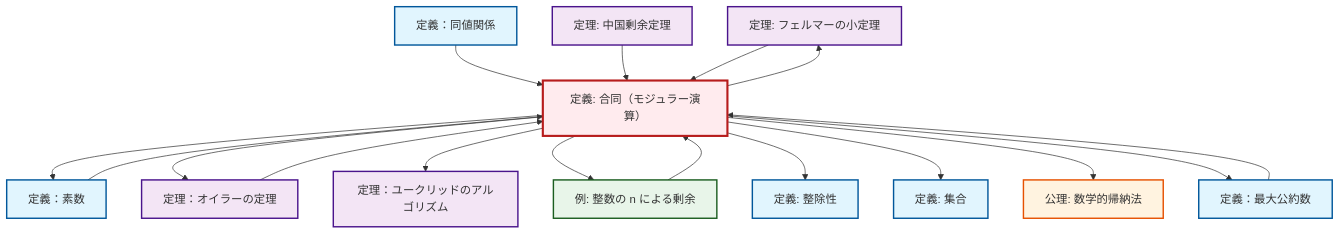
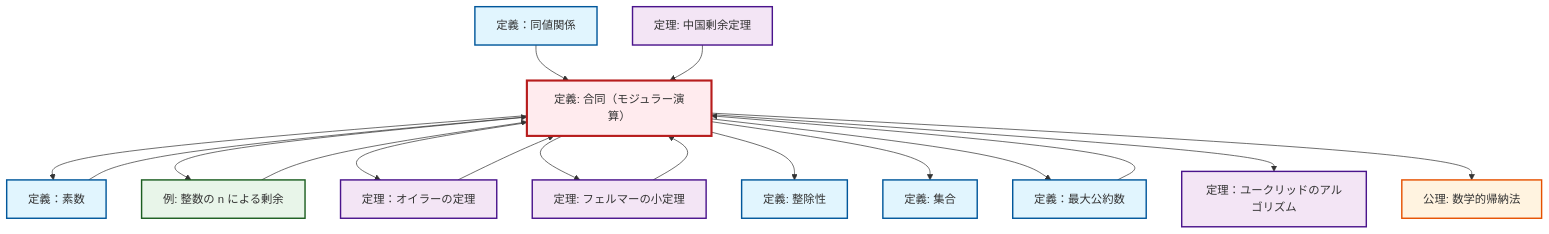
The diagram in content/ja/number-theory/def-congruence.qmd (RK0429/ModernMath), drawn with Mermaid before and after one commit. The commit also changed other lines of this file and 328 other files, not shown here.

````diff
--- a/content/ja/number-theory/def-congruence.qmd
+++ b/content/ja/number-theory/def-congruence.qmd
@@ -125,49 +125,49 @@
 ```{mermaid}
 %%| fig-cap: "ローカル依存関係グラフ"
 graph TD
     classDef definition fill:#e1f5fe,stroke:#01579b,stroke-width:2px
     classDef theorem fill:#f3e5f5,stroke:#4a148c,stroke-width:2px
     classDef axiom fill:#fff3e0,stroke:#e65100,stroke-width:2px
     classDef example fill:#e8f5e9,stroke:#1b5e20,stroke-width:2px
     classDef current fill:#ffebee,stroke:#b71c1c,stroke-width:3px
+    thm-chinese-remainder["定理: 中国剰余定理"]:::theorem
+    thm-euler["定理：オイラーの定理"]:::theorem
+    ax-induction["公理: 数学的帰納法"]:::axiom
+    ex-quotient-integers-mod-n["例: 整数の n による剰余"]:::example
+    thm-fermat-little["定理: フェルマーの小定理"]:::theorem
     def-set["定義: 集合"]:::definition
     thm-euclidean-algorithm["定理：ユークリッドのアルゴリズム"]:::theorem
-    thm-fermat-little["定理: フェルマーの小定理"]:::theorem
-    thm-euler["定理：オイラーの定理"]:::theorem
+    def-divisibility["定義: 整除性"]:::definition
     def-congruence["定義: 合同（モジュラー演算）"]:::definition
-    ex-quotient-integers-mod-n["例: 整数の n による剰余"]:::example
+    def-gcd["定義：最大公約数"]:::definition
     def-equivalence-relation["定義：同値関係"]:::definition
-    ax-induction["公理: 数学的帰納法"]:::axiom
     def-prime["定義：素数"]:::definition
-    def-gcd["定義：最大公約数"]:::definition
-    thm-chinese-remainder["定理: 中国剰余定理"]:::theorem
-    def-divisibility["定義: 整除性"]:::definition
     def-congruence --> def-prime
+    def-congruence --> ex-quotient-integers-mod-n
+    def-congruence --> thm-euler
+    def-congruence --> thm-fermat-little
     def-equivalence-relation --> def-congruence
-    def-congruence --> thm-euler
     ex-quotient-integers-mod-n --> def-congruence
-    def-congruence --> thm-euclidean-algorithm
-    def-congruence --> thm-fermat-little
-    def-gcd --> def-congruence
-    def-congruence --> ex-quotient-integers-mod-n
-    def-prime --> def-congruence
     def-congruence --> def-divisibility
     def-congruence --> def-set
-    thm-chinese-remainder --> def-congruence
-    thm-fermat-little --> def-congruence
-    def-congruence --> ax-induction
     def-congruence --> def-gcd
     thm-euler --> def-congruence
+    def-gcd --> def-congruence
+    def-prime --> def-congruence
+    def-congruence --> thm-euclidean-algorithm
+    thm-chinese-remainder --> def-congruence
+    def-congruence --> ax-induction
+    thm-fermat-little --> def-congruence
     class def-congruence current
+    click thm-chinese-remainder "thm-chinese-remainder.html" "中国剰余定理の定理へ"
+    click thm-euler "thm-euler.html" "定理：オイラーの定理へ"
+    click ax-induction "ax-induction.html" "数学的帰納法の公理へ"
+    click ex-quotient-integers-mod-n "ex-quotient-integers-mod-n.html" "整数の n による剰余の例へ"
+    click thm-fermat-little "thm-fermat-little.html" "フェルマーの小定理の定理へ"
     click def-set "def-set.html" "集合の定義へ"
     click thm-euclidean-algorithm "thm-euclidean-algorithm.html" "定理：ユークリッドのアルゴリズムへ"
-    click thm-fermat-little "thm-fermat-little.html" "フェルマーの小定理の定理へ"
-    click thm-euler "thm-euler.html" "定理：オイラーの定理へ"
-    click ex-quotient-integers-mod-n "ex-quotient-integers-mod-n.html" "整数の n による剰余の例へ"
+    click def-divisibility "def-divisibility.html" "整除性の定義へ"
+    click def-gcd "def-gcd.html" "定義：最大公約数へ"
     click def-equivalence-relation "def-equivalence-relation.html" "定義：同値関係へ"
-    click ax-induction "ax-induction.html" "数学的帰納法の公理へ"
     click def-prime "def-prime.html" "定義：素数へ"
-    click def-gcd "def-gcd.html" "定義：最大公約数へ"
-    click thm-chinese-remainder "thm-chinese-remainder.html" "中国剰余定理の定理へ"
-    click def-divisibility "def-divisibility.html" "整除性の定義へ"
 ```
````
